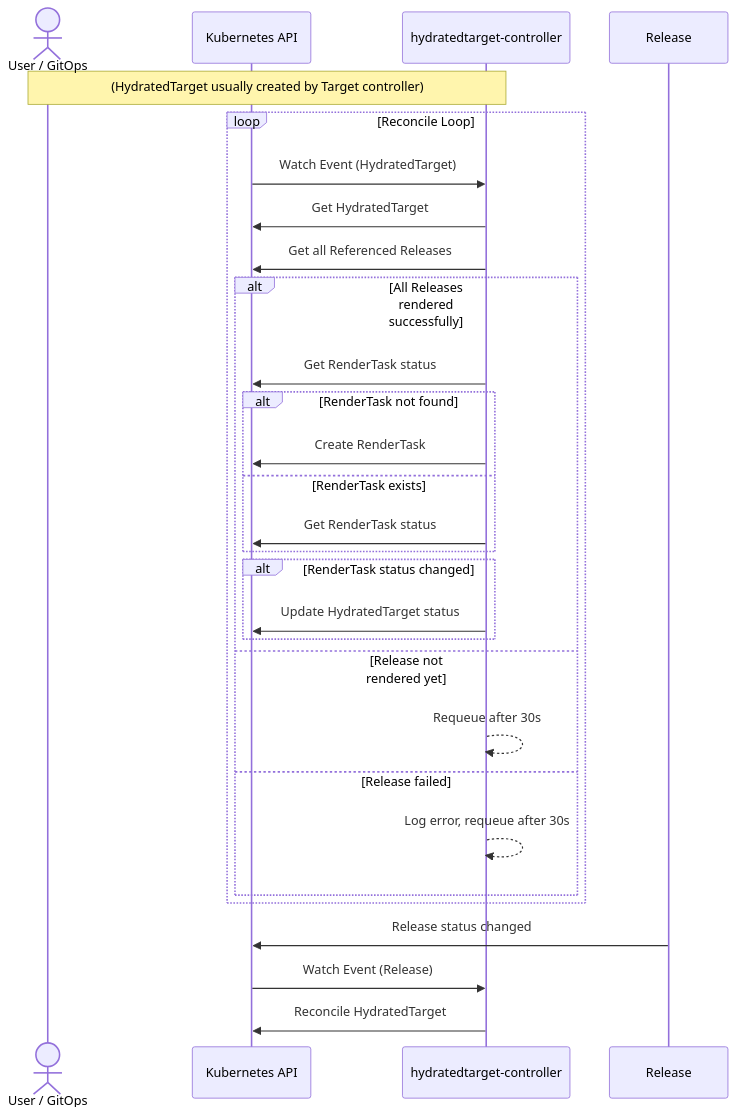
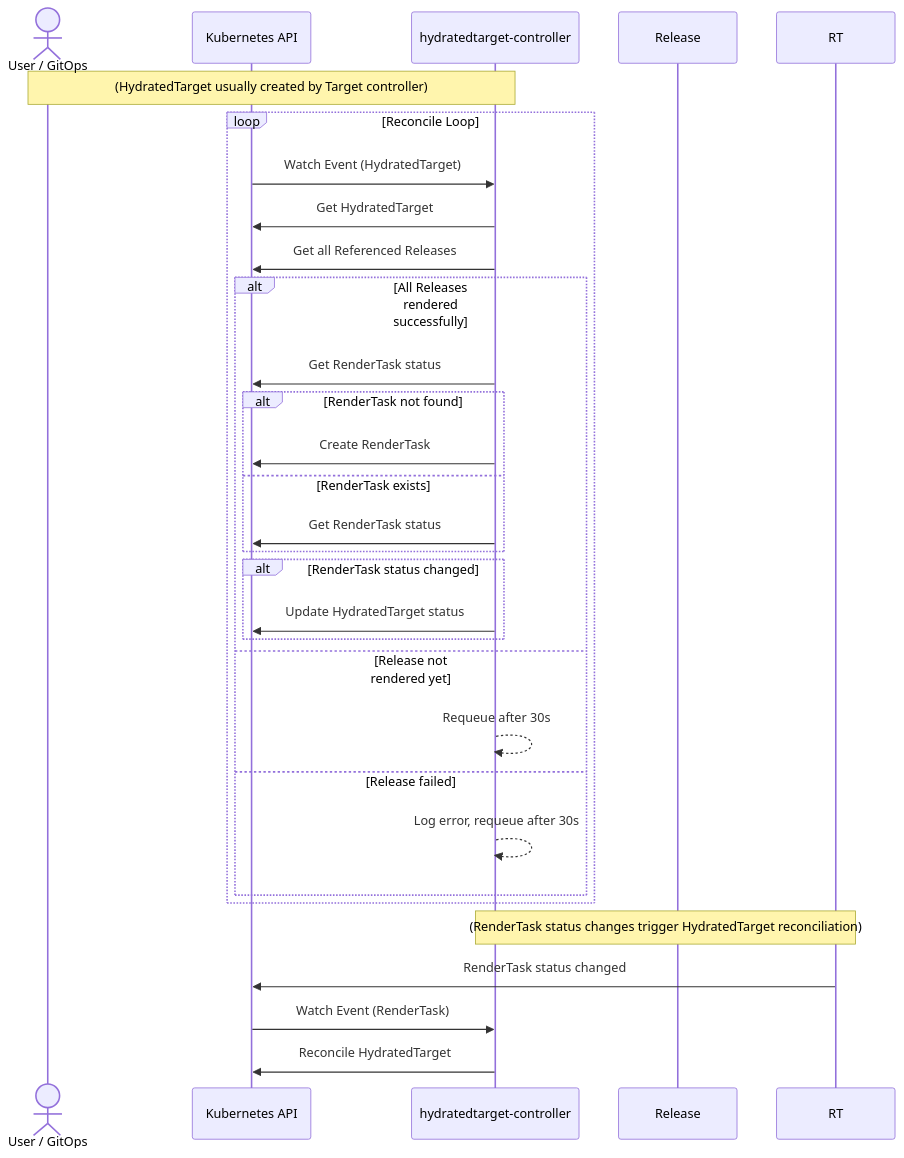
The second of 5 diagrams in docs/developer-guide/hydratedtarget_controller.md (opendefensecloud/solution-arsenal), drawn with Mermaid before and after one commit. The commit also changed other lines of this file and 2 other files, not shown here.

````diff
--- a/docs/developer-guide/hydratedtarget_controller.md
+++ b/docs/developer-guide/hydratedtarget_controller.md
@@ -34,34 +34,35 @@
 ```mermaid
 sequenceDiagram
     actor U as User / GitOps
     participant K as Kubernetes API
     participant C as hydratedtarget-controller
     participant Rel as Release
 
     Note over U,C: (HydratedTarget usually created by Target controller)
 
     loop Reconcile Loop
         K->>C: Watch Event (HydratedTarget)
         C->>K: Get HydratedTarget
         C->>K: Get all Referenced Releases
         alt All Releases rendered successfully
             C->>K: Get RenderTask status
             alt RenderTask not found
                 C->>K: Create RenderTask
             else RenderTask exists
                 C->>K: Get RenderTask status
             end
             alt RenderTask status changed
                 C->>K: Update HydratedTarget status
             end
         else Release not rendered yet
             C-->>C: Requeue after 30s
         else Release failed
             C-->>C: Log error, requeue after 30s
         end
     end
 
-    Rel->>K: Release status changed
-    K->>C: Watch Event (Release)
+    Note over RT,C: (RenderTask status changes trigger HydratedTarget reconciliation)
+    RT->>K: RenderTask status changed
+    K->>C: Watch Event (RenderTask)
     C->>K: Reconcile HydratedTarget
 ```
````
